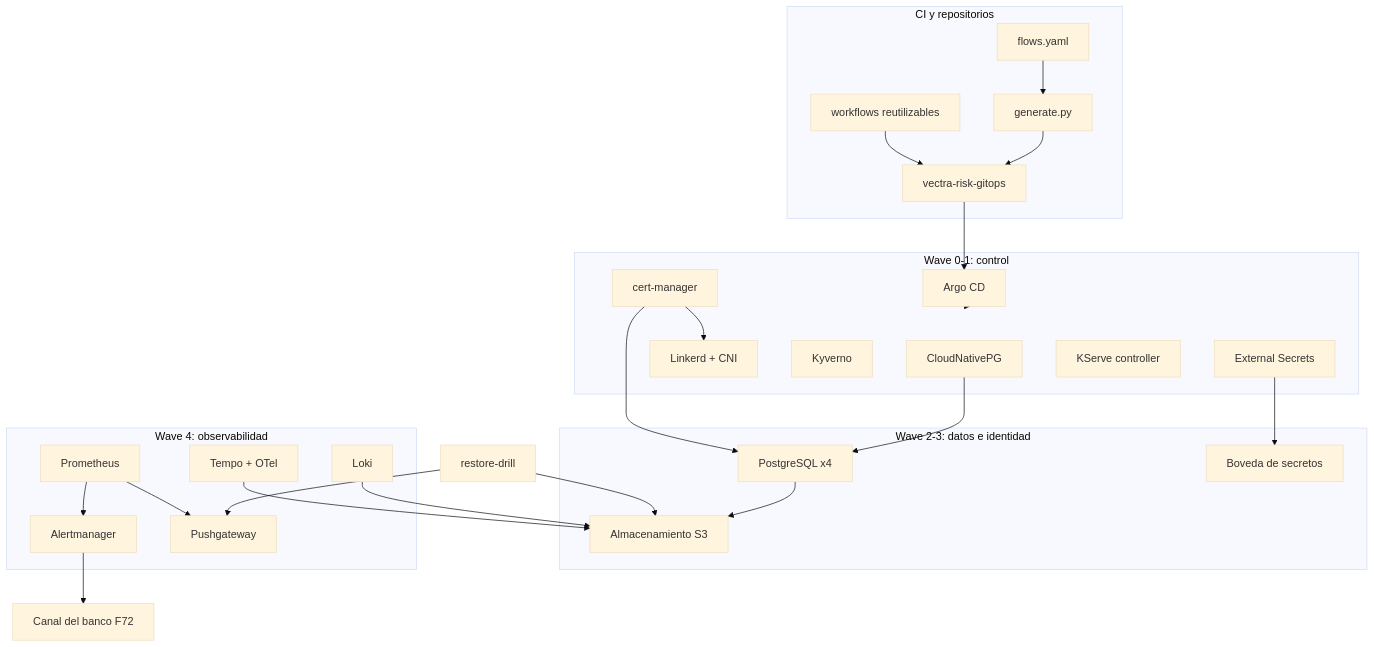
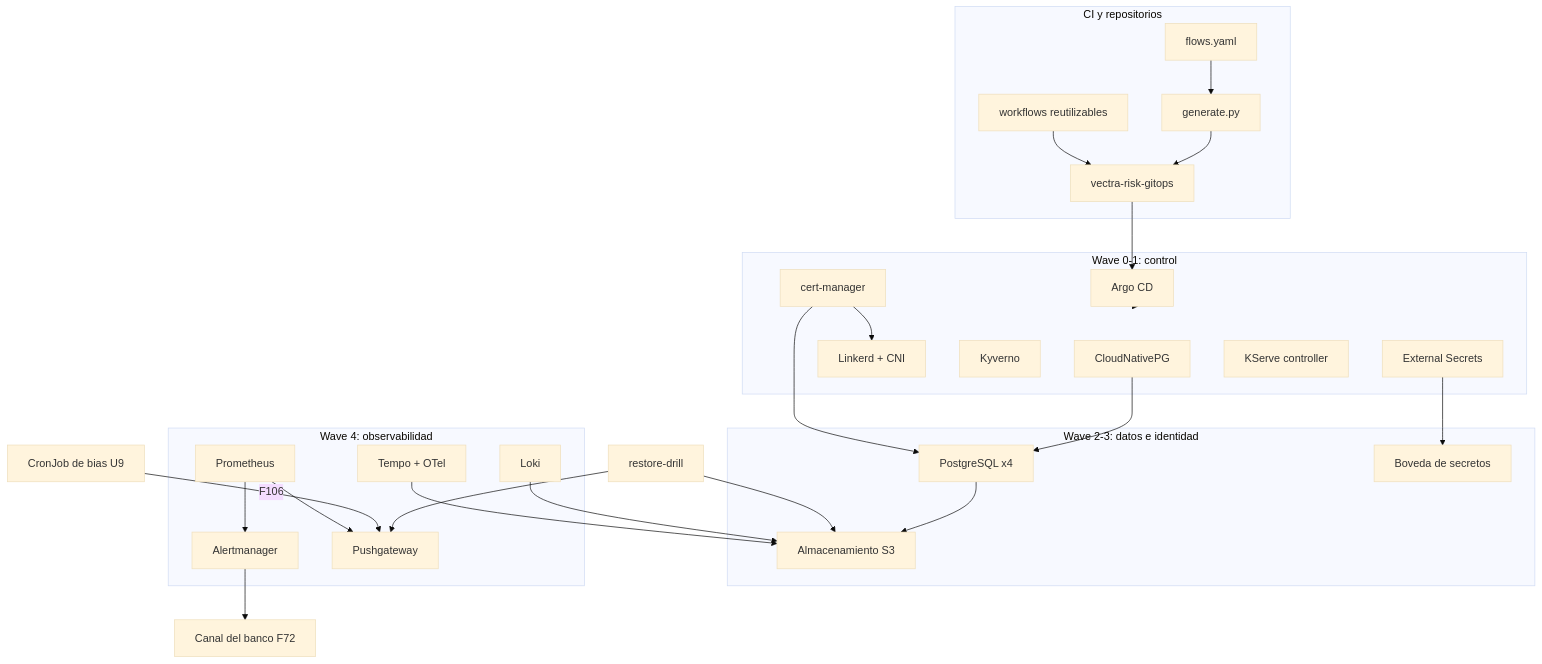
Before and after one commit to jjlloobb/topicos-especiales-credito-de-vivienda: the diagram in vectra-risk/aidlc-docs/construction/platform-foundation/nfr-design/logical-components.md, drawn with Mermaid (base theme). The commit also changed other lines of this file and 96 other files, not shown here.

````diff
--- a/vectra-risk/aidlc-docs/construction/platform-foundation/nfr-design/logical-components.md
+++ b/vectra-risk/aidlc-docs/construction/platform-foundation/nfr-design/logical-components.md
@@ -38,50 +38,52 @@
 ```mermaid
 flowchart TB
     subgraph ci["CI y repositorios"]
         flows["flows.yaml"]
         gen["generate.py"]
         wf["workflows reutilizables"]
         gitops["vectra-risk-gitops"]
     end
     subgraph wave0["Wave 0-1: control"]
         cnpg["CloudNativePG"]
         certm["cert-manager"]
         linkerd["Linkerd + CNI"]
         kyverno["Kyverno"]
         eso["External Secrets"]
         kserve["KServe controller"]
         argocd["Argo CD"]
     end
     subgraph wave2["Wave 2-3: datos e identidad"]
         pg["PostgreSQL x4"]
         s3["Almacenamiento S3"]
         vault["Boveda de secretos"]
     end
     subgraph wave4["Wave 4: observabilidad"]
         prom["Prometheus"]
         am["Alertmanager"]
         loki["Loki"]
         tempo["Tempo + OTel"]
         pushgw["Pushgateway"]
     end
     bank["Canal del banco F72"]
     drill["restore-drill"]
+    biascj["CronJob de bias U9"]
 
     flows --> gen
     gen --> gitops
     wf --> gitops
     gitops --> argocd
     argocd --> wave0
     cnpg --> pg
     pg --> s3
     certm --> linkerd
     certm --> pg
     eso --> vault
     loki --> s3
     tempo --> s3
     prom --> am
     am --> bank
     drill --> s3
     drill --> pushgw
+    biascj -->|"F106"| pushgw
     prom --> pushgw
 ```
````
